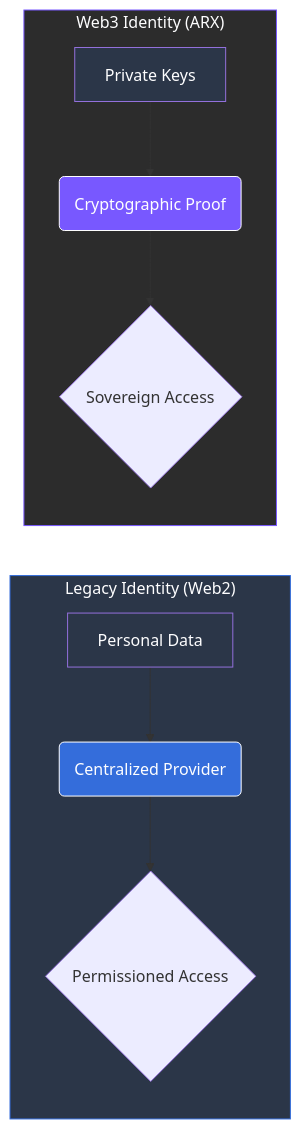
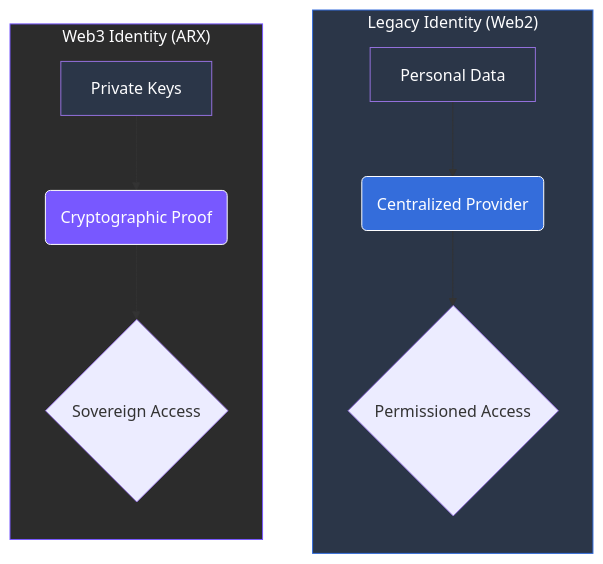
One commit to unusnullus/docs-xmtp-org changed the diagram in gitbook/home/1-background-and-motivation/1.4-rise-of-web3-identity.md. Above: the diagram before and after it, drawn with Mermaid.

Commit message:
Polishing

````diff
--- a/gitbook/home/1-background-and-motivation/1.4-rise-of-web3-identity.md
+++ b/gitbook/home/1-background-and-motivation/1.4-rise-of-web3-identity.md
@@ -16,28 +16,28 @@
 ```mermaid
-graph LR
+graph TD
     %% Global Styling
     accTitle: Web3 Identity Flow
     accDescr: Visualizing the transition from identity silos to cryptographic sovereignty.
 
     subgraph Traditional_ID ["Legacy Identity (Web2)"]
         direction TB
         A[Personal Data] --> B(Centralized Provider)
         B --> C{Permissioned Access}
     end
 
     subgraph Web3_Identity ["Web3 Identity (ARX)"]
         direction TB
         D[Private Keys] --> E(Cryptographic Proof)
         E --> F{Sovereign Access}
     end
 
     %% Apply Brand Palette
     style Traditional_ID fill:#2B3648,stroke:#346ddb,color:#fefeff
     style Web3_Identity fill:#2c2c2c,stroke:#7858ff,color:#fefeff
     
     style B fill:#346ddb,stroke:#fefeff,color:#fefeff
     style E fill:#7858ff,stroke:#fefeff,color:#fefeff
     
     style A fill:#2B3648,color:#fefeff
     style D fill:#2B3648,color:#fefeff
 ```
````
